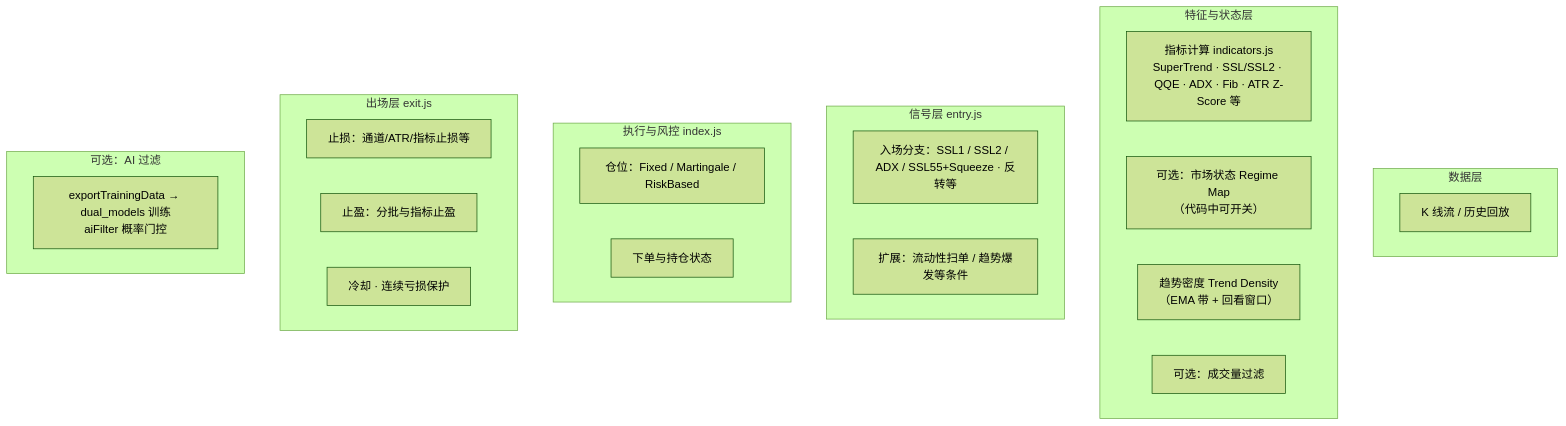
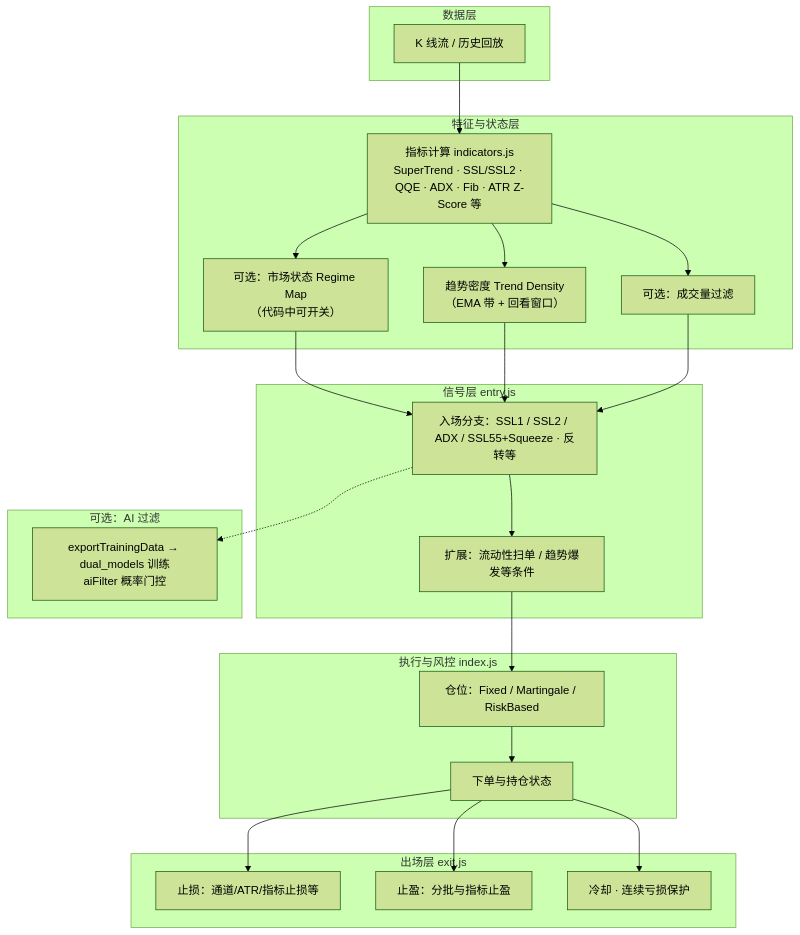
Before and after one commit to fulinpeng/trading-bot: the diagram in README.md, drawn with Mermaid (forest theme). The commit also changed other lines of this file, not shown here.

Commit message:
feat: update md files

````diff
--- a/README.md
+++ b/README.md
@@ -66,33 +66,48 @@
 ```mermaid
 flowchart TB
     subgraph L1["数据层"]
         K["K 线流 / 历史回放"]
     end
 
     subgraph L2["特征与状态层"]
         IND["指标计算 indicators.js<br/>SuperTrend · SSL/SSL2 · QQE · ADX · Fib · ATR Z-Score 等"]
         REG["可选：市场状态 Regime Map<br/>（代码中可开关）"]
         TD["趋势密度 Trend Density<br/>（EMA 带 + 回看窗口）"]
         VF["可选：成交量过滤"]
     end
 
     subgraph L3["信号层 entry.js"]
         SIG["入场分支：SSL1 / SSL2 / ADX / SSL55+Squeeze · 反转等"]
         LIQ["扩展：流动性扫单 / 趋势爆发等条件"]
     end
 
     subgraph L4["执行与风控 index.js"]
         RISK["仓位：Fixed / Martingale / RiskBased"]
         ORD["下单与持仓状态"]
     end
 
     subgraph L5["出场层 exit.js"]
         SL["止损：通道/ATR/指标止损等"]
         TP["止盈：分批与指标止盈"]
         CD["冷却 · 连续亏损保护"]
     end
 
     subgraph L6["可选：AI 过滤"]
         ML["exportTrainingData → dual_models 训练<br/>aiFilter 概率门控"]
     end
+
+    K --> IND
+    IND --> REG
+    IND --> TD
+    IND --> VF
+    REG --> SIG
+    TD --> SIG
+    VF --> SIG
+    SIG --> LIQ
+    LIQ --> RISK
+    RISK --> ORD
+    ORD --> SL
+    ORD --> TP
+    ORD --> CD
+    SIG -.-> ML
 ```
````
